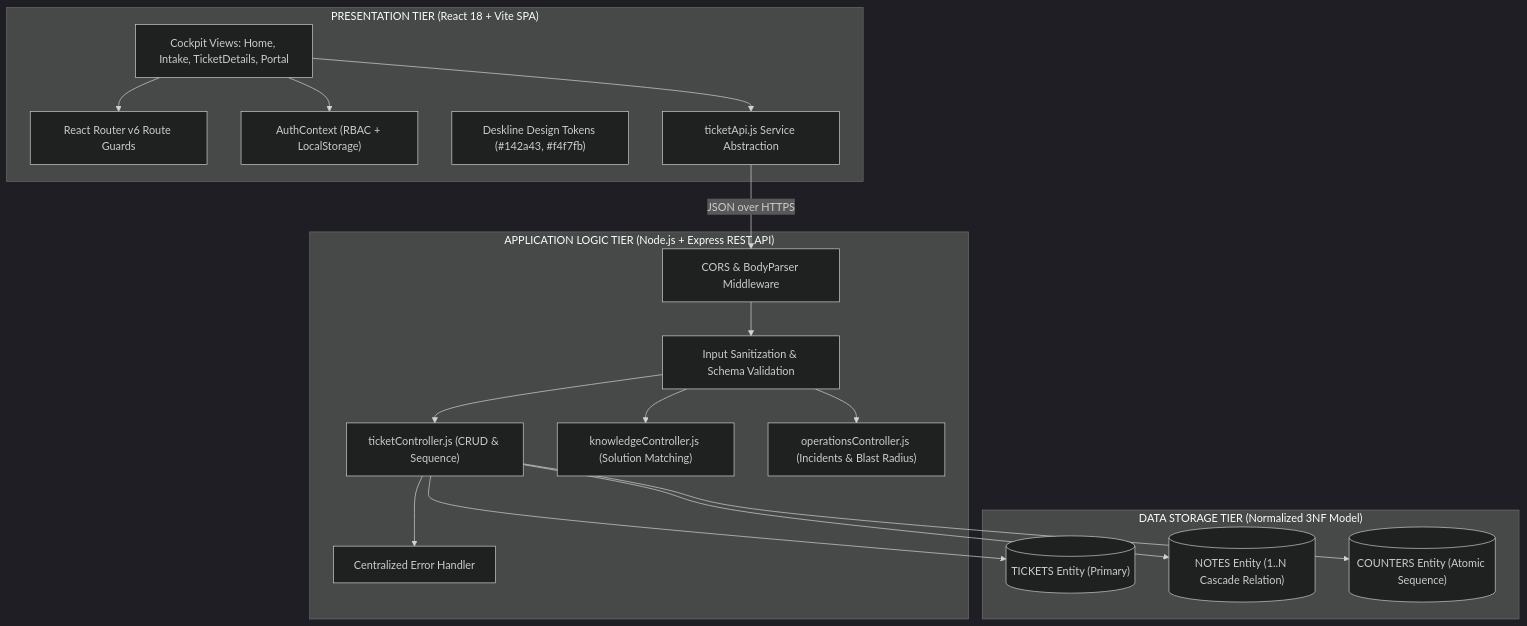
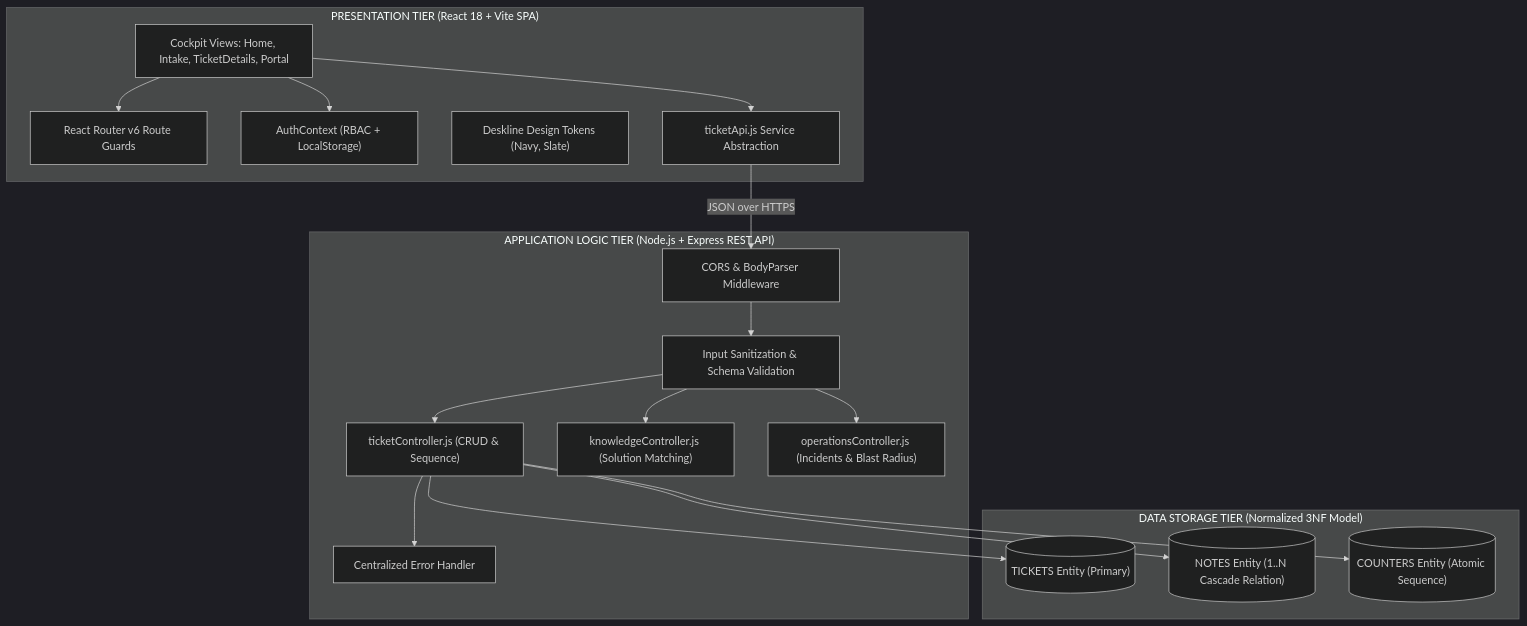
The third of 4 diagrams in README.md (SarthakDudhe/DataStraw), drawn with Mermaid (dark theme) before and after one commit. The commit also changed other lines of this file, not shown here.

Commit message:
fix(docs): resolve Mermaid syntax parse error on GitHub by eliminating semicolons and unescaped operators

````diff
--- a/README.md
+++ b/README.md
@@ -195,38 +195,38 @@
 ```mermaid
 graph TB
     subgraph PresentationTier ["PRESENTATION TIER (React 18 + Vite SPA)"]
         Router["React Router v6 Route Guards"]
         AuthCtx["AuthContext (RBAC + LocalStorage)"]
         Views["Cockpit Views: Home, Intake, TicketDetails, Portal"]
-        Deskline["Deskline Design Tokens (#142a43, #f4f7fb)"]
+        Deskline["Deskline Design Tokens (Navy, Slate)"]
         APIClient["ticketApi.js Service Abstraction"]
     end
 
     subgraph ApplicationTier ["APPLICATION LOGIC TIER (Node.js + Express REST API)"]
         MW_CORS["CORS & BodyParser Middleware"]
         MW_Val["Input Sanitization & Schema Validation"]
         Ctrl_Ticket["ticketController.js (CRUD & Sequence)"]
         Ctrl_Knowledge["knowledgeController.js (Solution Matching)"]
         Ctrl_Ops["operationsController.js (Incidents & Blast Radius)"]
         MW_Err["Centralized Error Handler"]
     end
 
     subgraph PersistenceTier ["DATA STORAGE TIER (Normalized 3NF Model)"]
         T_Tickets[("TICKETS Entity (Primary)")]
         T_Notes[("NOTES Entity (1..N Cascade Relation)")]
         T_Counter[("COUNTERS Entity (Atomic Sequence)")]
     end
 
     Views --> Router
     Views --> AuthCtx
     Views --> APIClient
     APIClient -->|JSON over HTTPS| MW_CORS
     MW_CORS --> MW_Val
     MW_Val --> Ctrl_Ticket
     MW_Val --> Ctrl_Knowledge
     MW_Val --> Ctrl_Ops
     Ctrl_Ticket --> T_Tickets
     Ctrl_Ticket --> T_Notes
     Ctrl_Ticket --> T_Counter
     Ctrl_Ticket --> MW_Err
 ```
````
